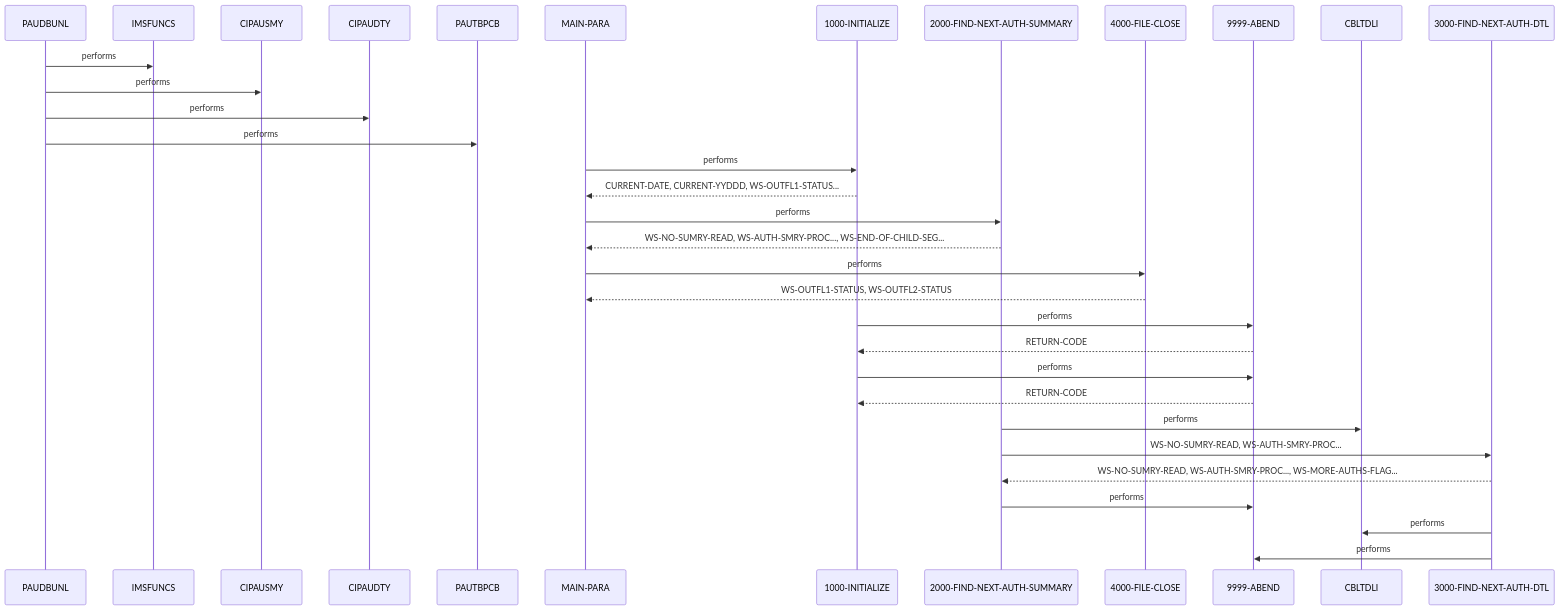
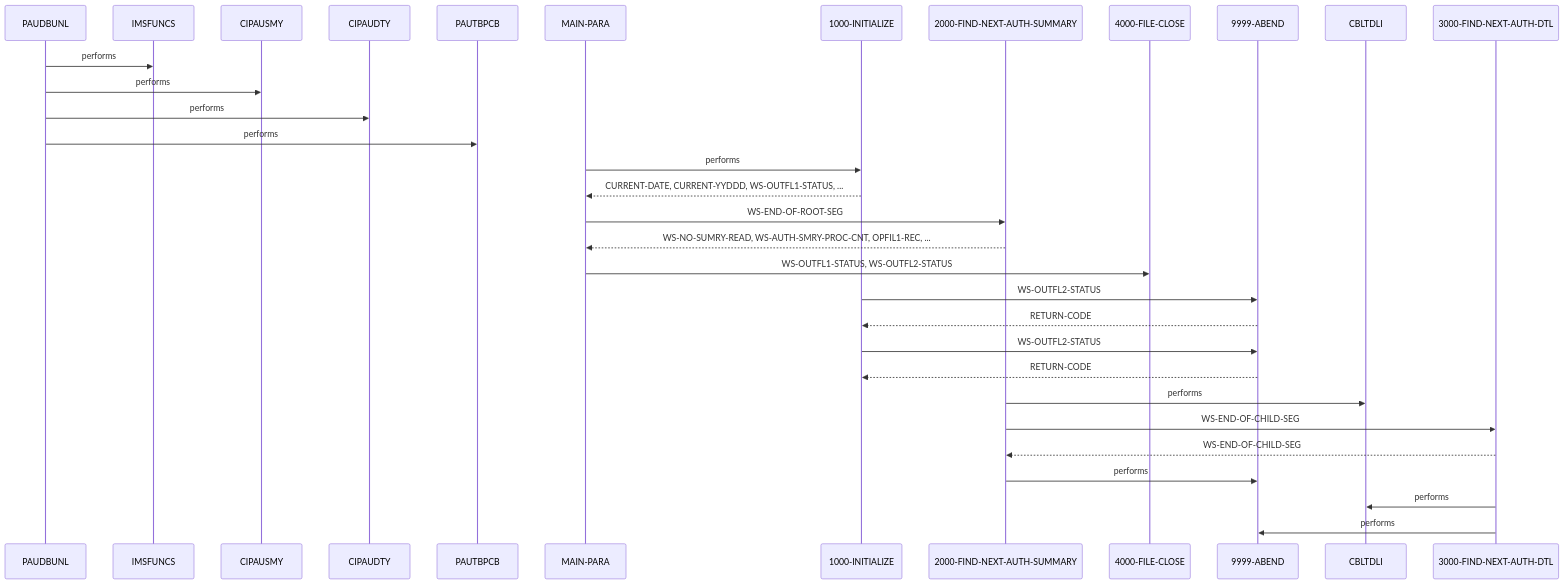
One commit to andrasfe/war_rig changed the second of 2 diagrams in example_output/documentation/cbl/PAUDBUNL.CBL.md. Above: the diagram before and after it, drawn with Mermaid. The commit also changed other lines of this file and 171 other files, not shown here.

````diff
--- a/example_output/documentation/cbl/PAUDBUNL.CBL.md
+++ b/example_output/documentation/cbl/PAUDBUNL.CBL.md
@@ -194,23 +110,22 @@
 ```mermaid
 sequenceDiagram
     PAUDBUNL->>IMSFUNCS: performs
     PAUDBUNL->>CIPAUSMY: performs
     PAUDBUNL->>CIPAUDTY: performs
     PAUDBUNL->>PAUTBPCB: performs
     MAIN-PARA->>1000-INITIALIZE: performs
-    1000-INITIALIZE-->>MAIN-PARA: CURRENT-DATE, CURRENT-YYDDD, WS-OUTFL1-STATUS...
-    MAIN-PARA->>2000-FIND-NEXT-AUTH-SUMMARY: performs
-    2000-FIND-NEXT-AUTH-SUMMARY-->>MAIN-PARA: WS-NO-SUMRY-READ, WS-AUTH-SMRY-PROC..., WS-END-OF-CHILD-SEG...
-    MAIN-PARA->>4000-FILE-CLOSE: performs
-    4000-FILE-CLOSE-->>MAIN-PARA: WS-OUTFL1-STATUS, WS-OUTFL2-STATUS
-    1000-INITIALIZE->>9999-ABEND: performs
+    1000-INITIALIZE-->>MAIN-PARA: CURRENT-DATE, CURRENT-YYDDD, WS-OUTFL1-STATUS, ...
+    MAIN-PARA->>2000-FIND-NEXT-AUTH-SUMMARY: WS-END-OF-ROOT-SEG
+    2000-FIND-NEXT-AUTH-SUMMARY-->>MAIN-PARA: WS-NO-SUMRY-READ, WS-AUTH-SMRY-PROC-CNT, OPFIL1-REC, ...
+    MAIN-PARA->>4000-FILE-CLOSE: WS-OUTFL1-STATUS, WS-OUTFL2-STATUS
+    1000-INITIALIZE->>9999-ABEND: WS-OUTFL2-STATUS
     9999-ABEND-->>1000-INITIALIZE: RETURN-CODE
-    1000-INITIALIZE->>9999-ABEND: performs
+    1000-INITIALIZE->>9999-ABEND: WS-OUTFL2-STATUS
     9999-ABEND-->>1000-INITIALIZE: RETURN-CODE
     2000-FIND-NEXT-AUTH-SUMMARY->>CBLTDLI: performs
-    2000-FIND-NEXT-AUTH-SUMMARY->>3000-FIND-NEXT-AUTH-DTL: WS-NO-SUMRY-READ, WS-AUTH-SMRY-PROC...
-    3000-FIND-NEXT-AUTH-DTL-->>2000-FIND-NEXT-AUTH-SUMMARY: WS-NO-SUMRY-READ, WS-AUTH-SMRY-PROC..., WS-MORE-AUTHS-FLAG...
+    2000-FIND-NEXT-AUTH-SUMMARY->>3000-FIND-NEXT-AUTH-DTL: WS-END-OF-CHILD-SEG
+    3000-FIND-NEXT-AUTH-DTL-->>2000-FIND-NEXT-AUTH-SUMMARY: WS-END-OF-CHILD-SEG
     2000-FIND-NEXT-AUTH-SUMMARY->>9999-ABEND: performs
     3000-FIND-NEXT-AUTH-DTL->>CBLTDLI: performs
     3000-FIND-NEXT-AUTH-DTL->>9999-ABEND: performs
 ```
````
